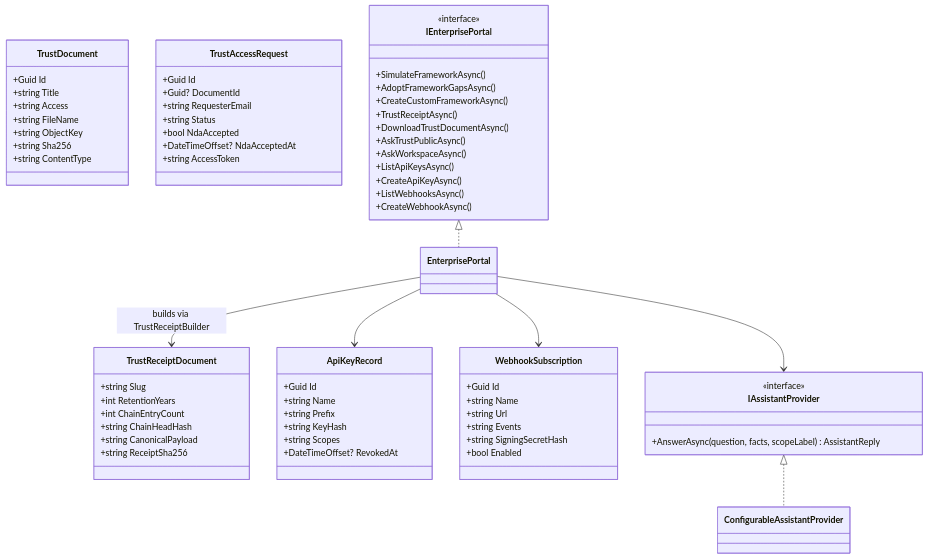
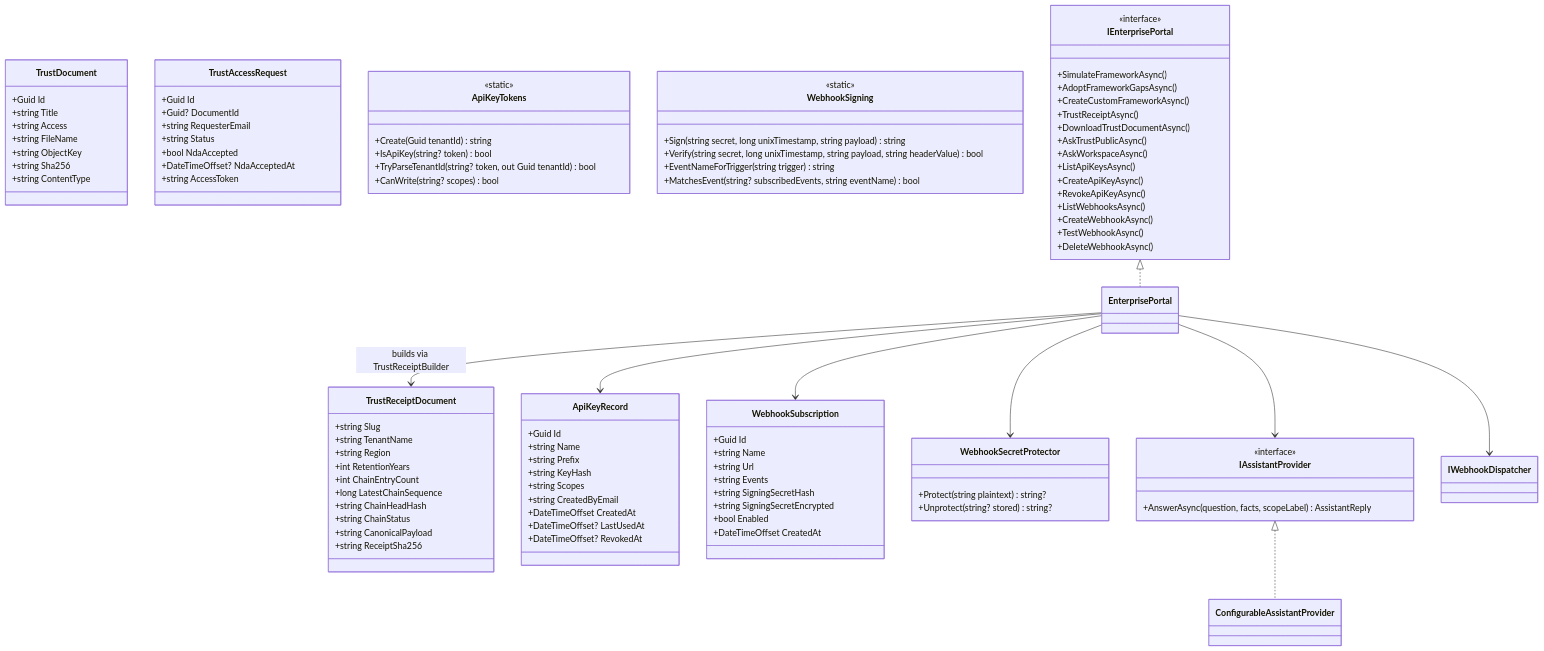
One commit to cvpeceee/D2DAuditServices changed the sixth of 6 diagrams in docs/CLASS_DIAGRAMS.md. Above: the diagram before and after it, drawn with Mermaid. The commit also changed other lines of this file and 68 other files, not shown here.

Commit message:
Hardening & Runtime Pass: API key auth, signed webhooks, provider claims, auditor isolation, OpenAPI sync & docs

```diff
--- a/docs/CLASS_DIAGRAMS.md
+++ b/docs/CLASS_DIAGRAMS.md
@@ -418,9 +442,13 @@
     }
     class TrustReceiptDocument {
         +string Slug
+        +string TenantName
+        +string Region
         +int RetentionYears
         +int ChainEntryCount
+        +long LatestChainSequence
         +string ChainHeadHash
+        +string ChainStatus
         +string CanonicalPayload
         +string ReceiptSha256
     }
@@ -430,6 +458,9 @@
         +string Prefix
         +string KeyHash
         +string Scopes
+        +string CreatedByEmail
+        +DateTimeOffset CreatedAt
+        +DateTimeOffset? LastUsedAt
         +DateTimeOffset? RevokedAt
     }
     class WebhookSubscription {
@@ -438,7 +469,27 @@
         +string Url
         +string Events
         +string SigningSecretHash
+        +string SigningSecretEncrypted
         +bool Enabled
+        +DateTimeOffset CreatedAt
+    }
+    class ApiKeyTokens {
+        <<static>>
+        +Create(Guid tenantId) string
+        +IsApiKey(string? token) bool
+        +TryParseTenantId(string? token, out Guid tenantId) bool
+        +CanWrite(string? scopes) bool
+    }
+    class WebhookSigning {
+        <<static>>
+        +Sign(string secret, long unixTimestamp, string payload) string
+        +Verify(string secret, long unixTimestamp, string payload, string headerValue) bool
+        +EventNameForTrigger(string trigger) string
+        +MatchesEvent(string? subscribedEvents, string eventName) bool
+    }
+    class WebhookSecretProtector {
+        +Protect(string plaintext) string?
+        +Unprotect(string? stored) string?
     }
     class IAssistantProvider {
         <<interface>>
@@ -455,13 +506,18 @@
         +AskWorkspaceAsync()
         +ListApiKeysAsync()
         +CreateApiKeyAsync()
+        +RevokeApiKeyAsync()
         +ListWebhooksAsync()
         +CreateWebhookAsync()
+        +TestWebhookAsync()
+        +DeleteWebhookAsync()
     }
 
     IAssistantProvider <|.. ConfigurableAssistantProvider
     IEnterprisePortal <|.. EnterprisePortal
     EnterprisePortal --> IAssistantProvider
+    EnterprisePortal --> WebhookSecretProtector
+    EnterprisePortal --> IWebhookDispatcher
     EnterprisePortal --> TrustReceiptDocument : builds via TrustReceiptBuilder
     EnterprisePortal --> ApiKeyRecord
     EnterprisePortal --> WebhookSubscription
```
